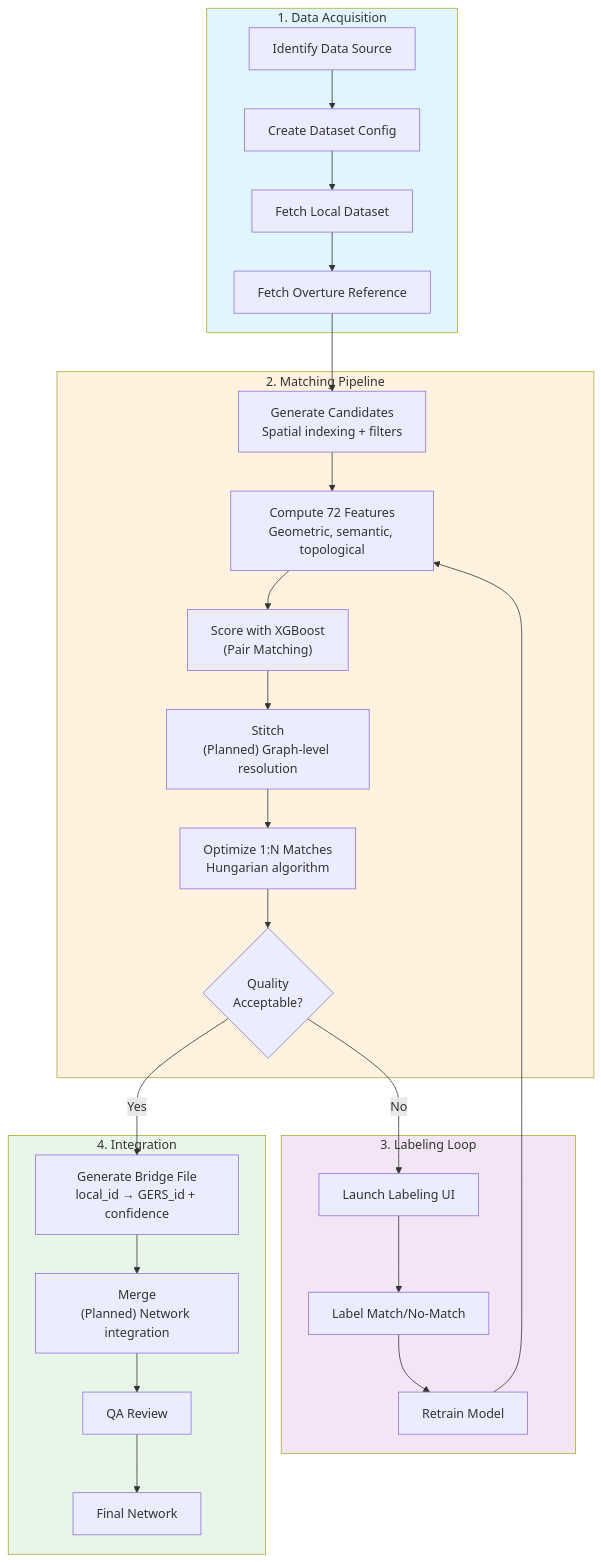
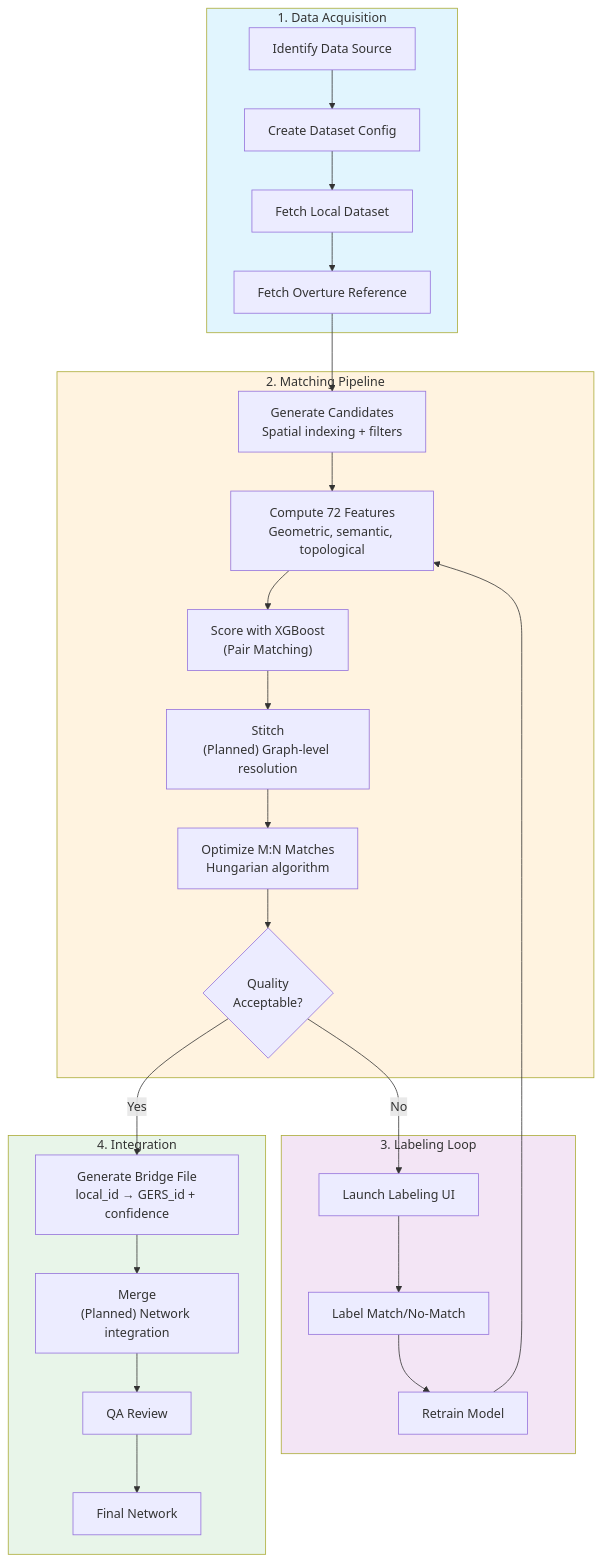
The diagram in README.md (brad-richardson/crosswalk), drawn with Mermaid before and after one commit. The commit also changed other lines of this file and 1 other file, not shown here.

````diff
--- a/README.md
+++ b/README.md
@@ -70,36 +70,36 @@
 ```mermaid
 flowchart TB
     subgraph Data["1. Data Acquisition"]
         A[Identify Data Source] --> B[Create Dataset Config]
         B --> C[Fetch Local Dataset]
         C --> D[Fetch Overture Reference]
     end
 
     subgraph Match["2. Matching Pipeline"]
         D --> E[Generate Candidates<br/>Spatial indexing + filters]
         E --> F[Compute 72 Features<br/>Geometric, semantic, topological]
         F --> G["Score with XGBoost<br/>(Pair Matching)"]
         G --> H["Stitch<br/>(Planned) Graph-level resolution"]
-        H --> I[Optimize 1:N Matches<br/>Hungarian algorithm]
+        H --> I[Optimize M:N Matches<br/>Hungarian algorithm]
         I --> J{Quality<br/>Acceptable?}
     end
 
     subgraph Label["3. Labeling Loop"]
         J -->|No| K[Launch Labeling UI]
         K --> L[Label Match/No-Match]
         L --> M[Retrain Model]
         M --> F
     end
 
     subgraph Output["4. Integration"]
         J -->|Yes| N[Generate Bridge File<br/>local_id → GERS_id + confidence]
         N --> O["Merge<br/>(Planned) Network integration"]
         O --> P[QA Review]
         P --> Q[Final Network]
     end
 
     style Data fill:#e1f5fe
     style Match fill:#fff3e0
     style Label fill:#f3e5f5
     style Output fill:#e8f5e9
 ```
````
